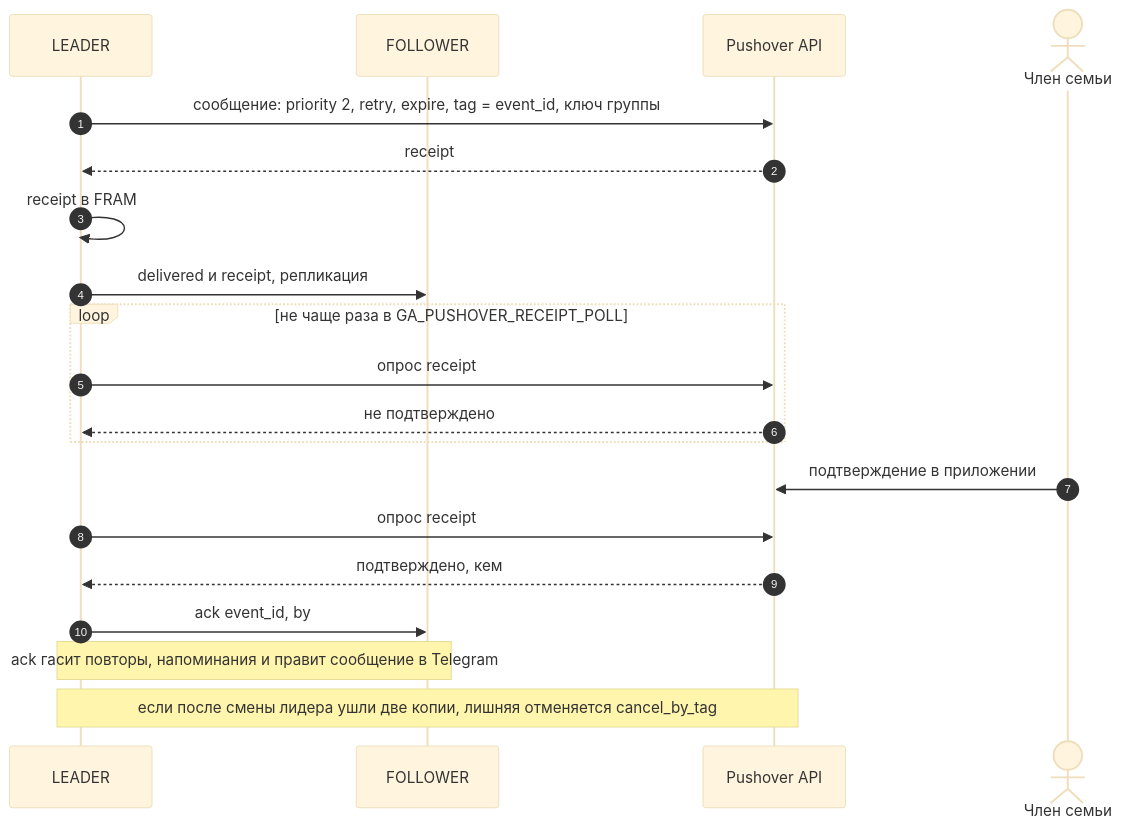
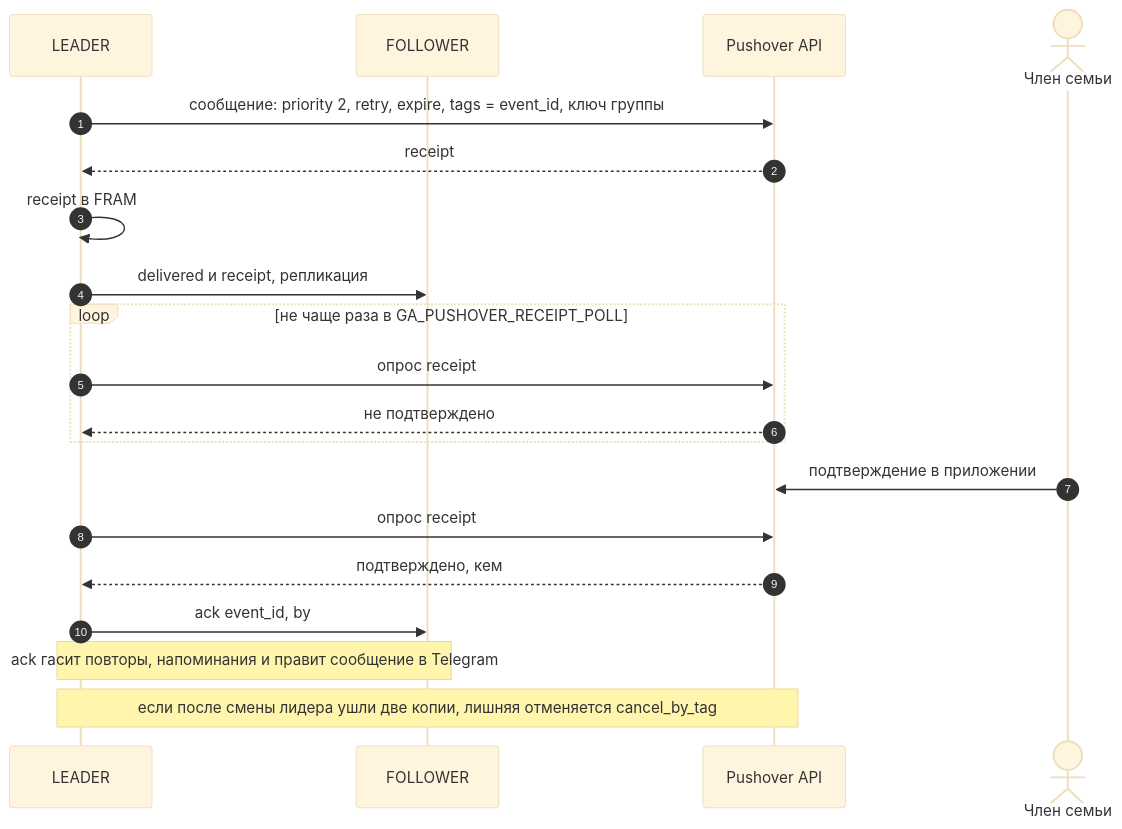
Diagram 13 of 15 in _bmad-output/planning-artifacts/protocols-reference/garageAlarms2-протоколы-обмена.md (wol-micro/garageAlarms2.0), drawn with Mermaid (base theme) before and after one commit. The commit also changed other lines of this file and 6 other files, not shown here.

````diff
--- a/_bmad-output/planning-artifacts/protocols-reference/garageAlarms2-протоколы-обмена.md
+++ b/_bmad-output/planning-artifacts/protocols-reference/garageAlarms2-протоколы-обмена.md
@@ -1029,22 +1037,22 @@
 ```mermaid
 sequenceDiagram
   autonumber
   participant A as LEADER
   participant B as FOLLOWER
   participant PO as Pushover API
   actor H as Член семьи
-  A->>PO: сообщение: priority 2, retry, expire, tag = event_id, ключ группы
+  A->>PO: сообщение: priority 2, retry, expire, tags = event_id, ключ группы
   PO-->>A: receipt
   A->>A: receipt в FRAM
   A->>B: delivered и receipt, репликация
   loop не чаще раза в GA_PUSHOVER_RECEIPT_POLL
     A->>PO: опрос receipt
     PO-->>A: не подтверждено
   end
   H->>PO: подтверждение в приложении
   A->>PO: опрос receipt
   PO-->>A: подтверждено, кем
   A->>B: ack event_id, by
   Note over A,B: ack гасит повторы, напоминания и правит сообщение в Telegram
   Note over A,PO: если после смены лидера ушли две копии, лишняя отменяется cancel_by_tag
 ```
````
